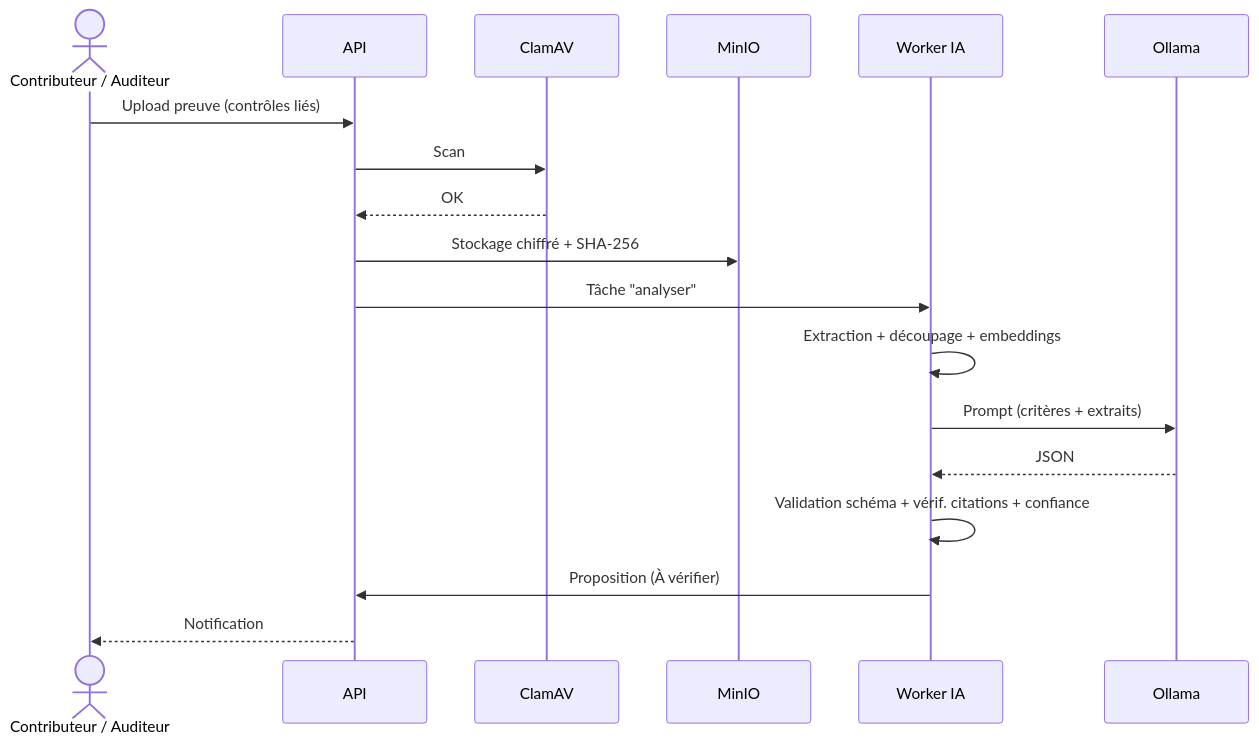
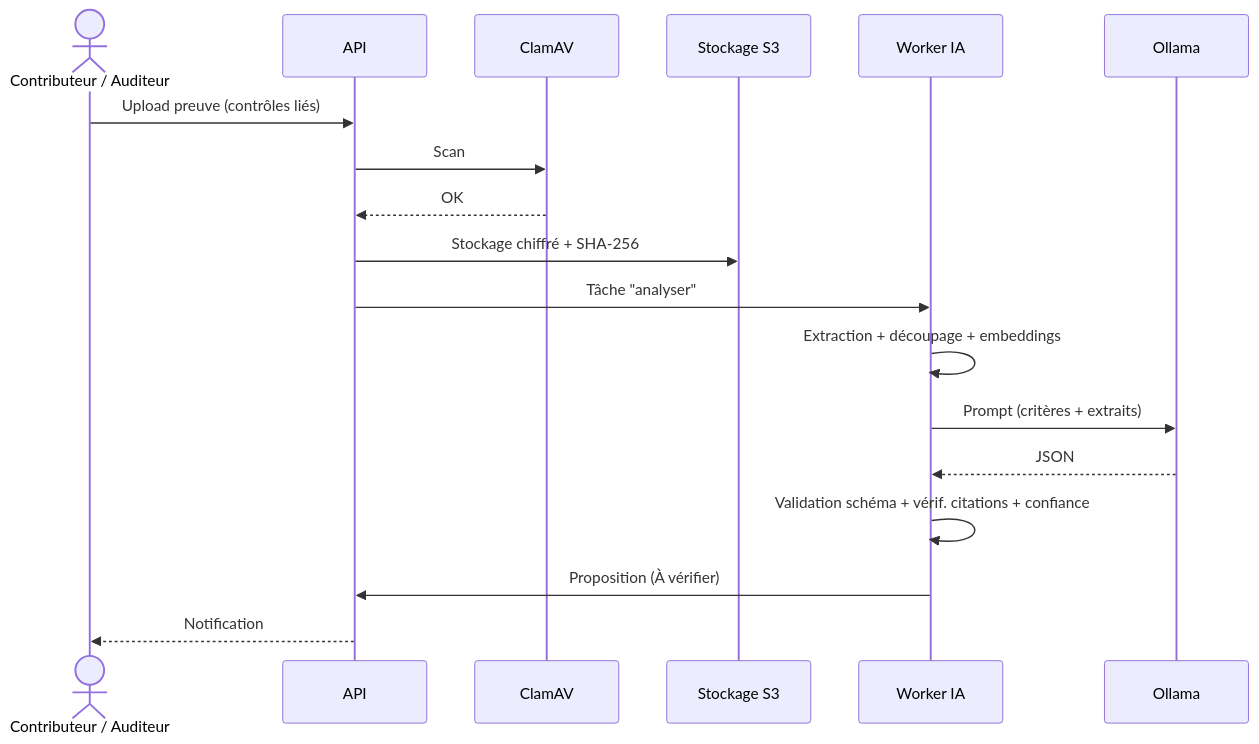
Before and after one commit to arixstoo/PFE: the third of 4 diagrams in conception/Architecture_Technique.md, drawn with Mermaid. The commit also changed other lines of this file and 21 other files, not shown here.

````diff
--- a/conception/Architecture_Technique.md
+++ b/conception/Architecture_Technique.md
@@ -105,20 +110,20 @@
 ```mermaid
 sequenceDiagram
     actor U as Contributeur / Auditeur
     participant API
     participant AV as ClamAV
-    participant S as MinIO
+    participant S as Stockage S3
     participant W as Worker IA
     participant L as Ollama
     U->>API: Upload preuve (contrôles liés)
     API->>AV: Scan
     AV-->>API: OK
     API->>S: Stockage chiffré + SHA-256
     API->>W: Tâche "analyser"
     W->>W: Extraction + découpage + embeddings
     W->>L: Prompt (critères + extraits)
     L-->>W: JSON
     W->>W: Validation schéma + vérif. citations + confiance
     W->>API: Proposition (À vérifier)
     API-->>U: Notification
 ```
````
